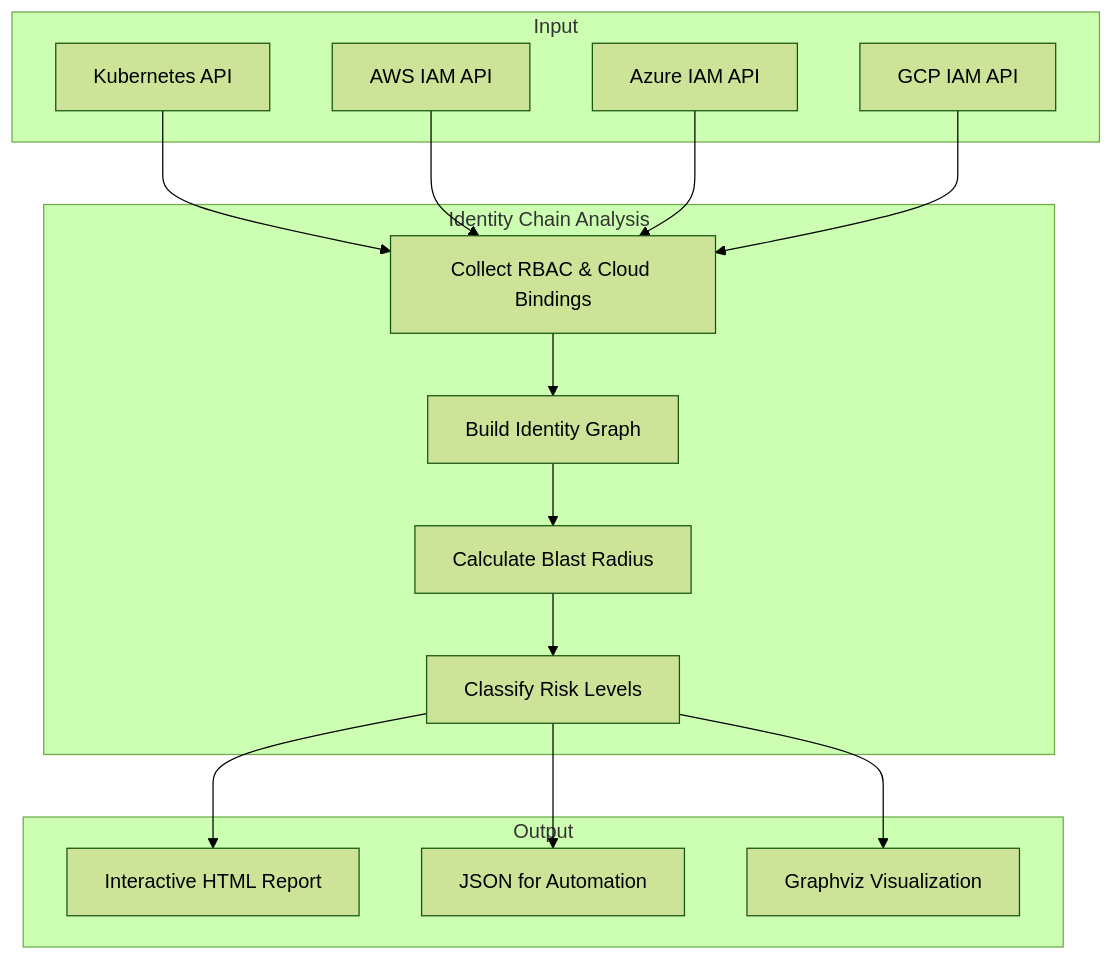
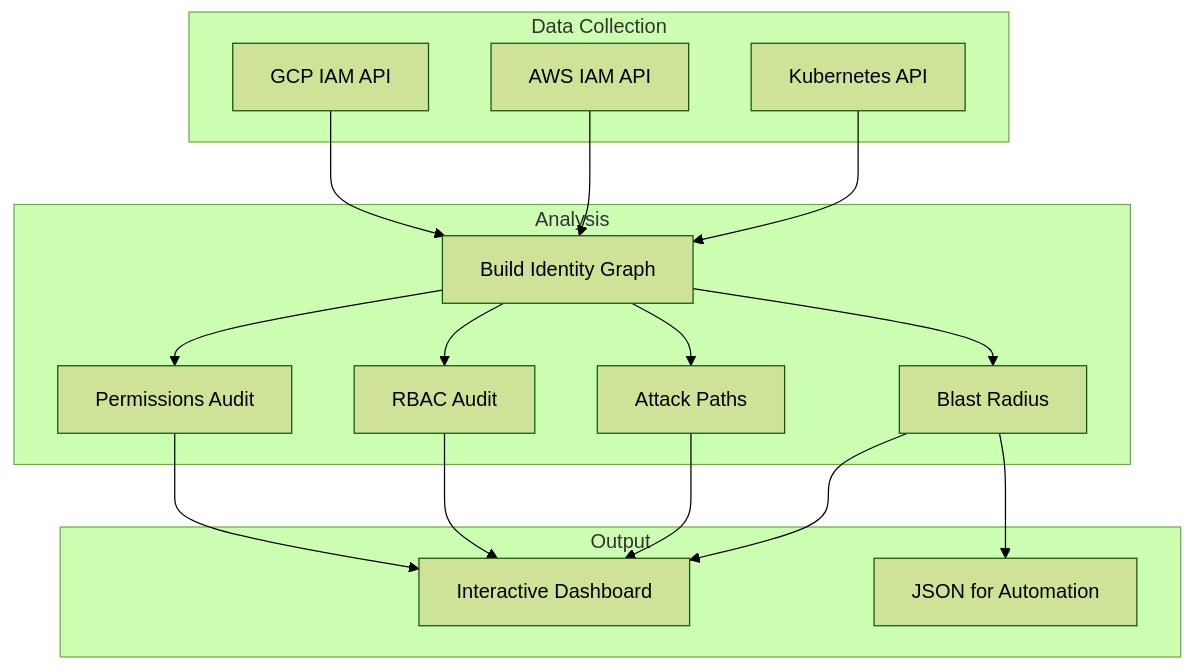
The sixth of 9 diagrams in docs/blog.md (nelssec/identity-chain), drawn with Mermaid (forest theme) before and after one commit. The commit also changed other lines of this file and 17 other files, not shown here.

````diff
--- a/docs/blog.md
+++ b/docs/blog.md
@@ -146,35 +148,36 @@
 ```mermaid
 graph TB
-    subgraph "Input"
+    subgraph "Data Collection"
         K8S[Kubernetes API]
         AWS[AWS IAM API]
-        AZ[Azure IAM API]
         GCP[GCP IAM API]
     end
 
-    subgraph "Identity Chain Analysis"
-        COLLECT[Collect RBAC & Cloud Bindings]
-        BUILD[Build Identity Graph]
-        ANALYZE[Calculate Blast Radius]
-        RISK[Classify Risk Levels]
+    subgraph "Analysis"
+        GRAPH[Build Identity Graph]
+        BLAST[Blast Radius]
+        ATTACK[Attack Paths]
+        RBAC[RBAC Audit]
+        PERMS[Permissions Audit]
     end
 
     subgraph "Output"
-        HTML[Interactive HTML Report]
+        DASH[Interactive Dashboard]
         JSON[JSON for Automation]
-        DOT[Graphviz Visualization]
     end
 
-    K8S --> COLLECT
-    AWS --> COLLECT
-    AZ --> COLLECT
-    GCP --> COLLECT
+    K8S --> GRAPH
+    AWS --> GRAPH
+    GCP --> GRAPH
 
-    COLLECT --> BUILD
-    BUILD --> ANALYZE
-    ANALYZE --> RISK
+    GRAPH --> BLAST
+    GRAPH --> ATTACK
+    GRAPH --> RBAC
+    GRAPH --> PERMS
 
-    RISK --> HTML
-    RISK --> JSON
-    RISK --> DOT
+    BLAST --> DASH
+    ATTACK --> DASH
+    RBAC --> DASH
+    PERMS --> DASH
+    BLAST --> JSON
 ```
````
